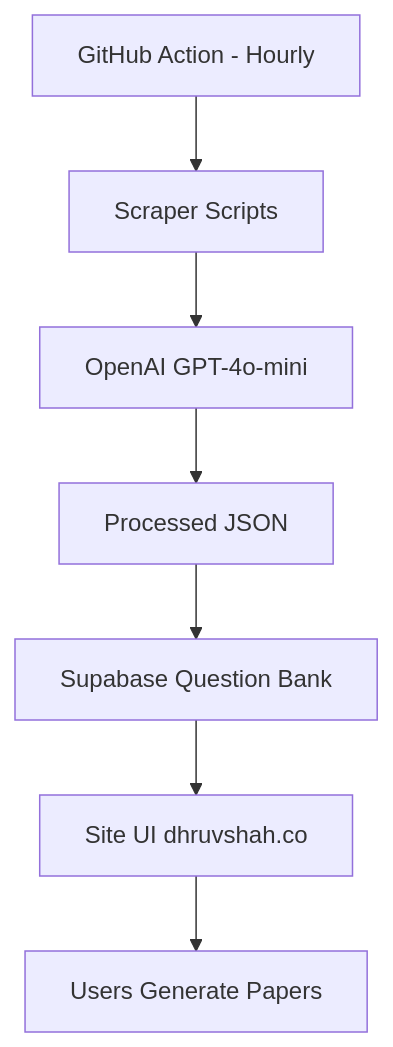
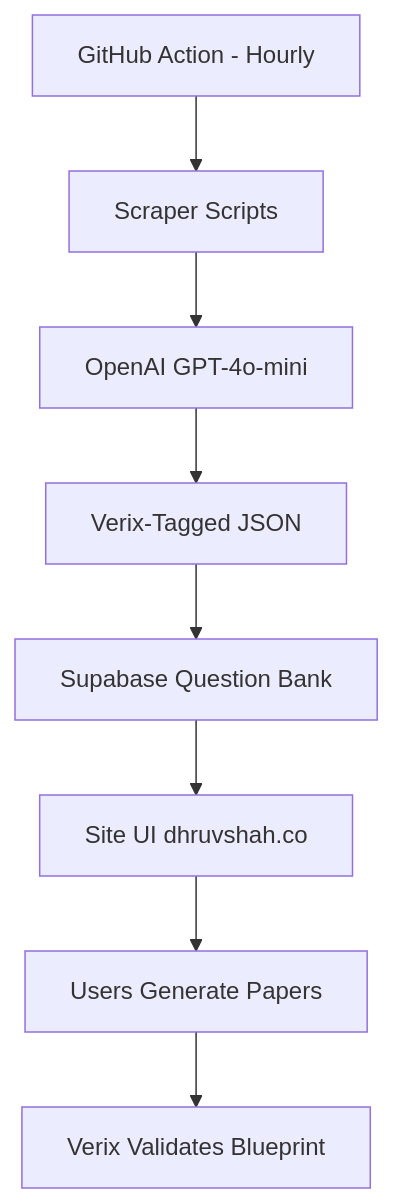
One commit to dhruvsunnydpsv-debug/study changed the diagram in README_TECH.md. Above: the diagram before and after it, drawn with Mermaid. The commit also changed other lines of this file and 14 other files, not shown here.

Commit message:
VERIX AUDIT ENGINE v2 - CBSE 2025-26 Blueprint Enforcement - verix_schema.json, validate_paper.py, weightage enforcement, diagram constraints, weighted selection

````diff
--- a/README_TECH.md
+++ b/README_TECH.md
@@ -8,9 +11,10 @@
 ```mermaid
 graph TD
     A[GitHub Action - Hourly] --> B[Scraper Scripts]
     B --> C[OpenAI GPT-4o-mini]
-    C --> D[Processed JSON]
+    C --> D[Verix-Tagged JSON]
     D --> E[Supabase Question Bank]
     E --> F[Site UI dhruvshah.co]
     F --> G[Users Generate Papers]
+    G --> H[Verix Validates Blueprint]
 ```
````
